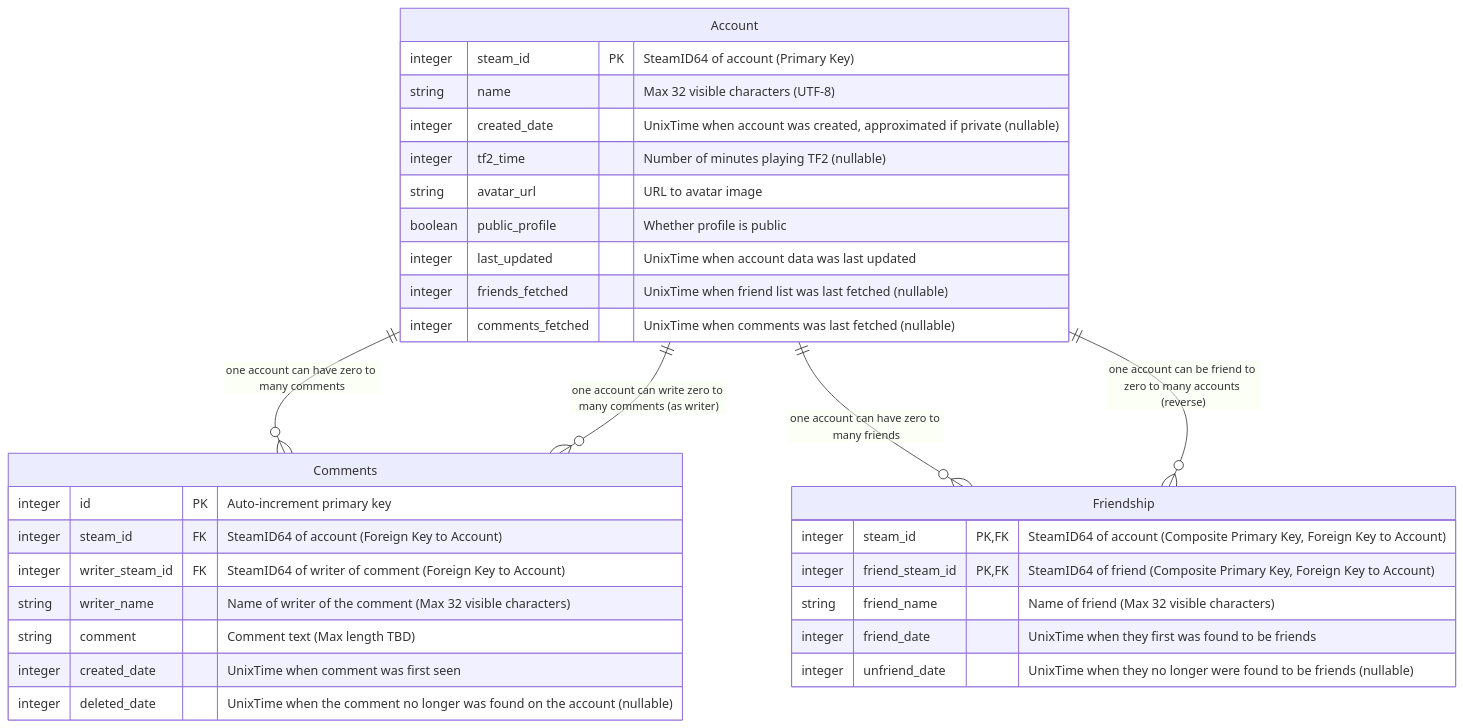
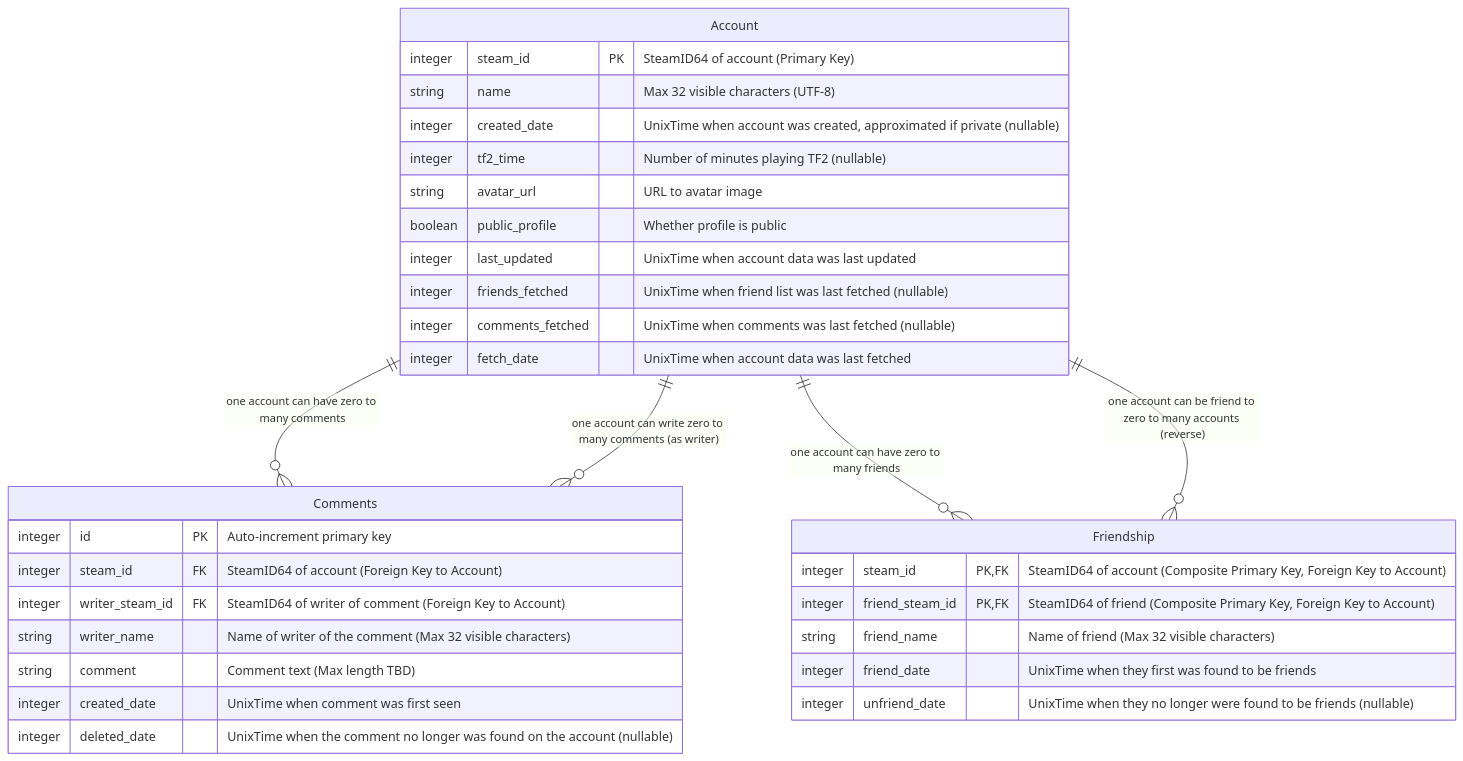
Before and after one commit to aftershavetf2/TF2Monitor: the diagram in src/db/DATAMODEL.md, drawn with Mermaid. The commit also changed 3 other files, not shown here.

First line of the commit message:
Add fetch_date to account and implement DB setup

````diff
--- a/src/db/DATAMODEL.md
+++ b/src/db/DATAMODEL.md
@@ -56,38 +56,39 @@
 ```mermaid
 erDiagram
     Account {
         integer steam_id PK "SteamID64 of account (Primary Key)"
         string name "Max 32 visible characters (UTF-8)"
         integer created_date "UnixTime when account was created, approximated if private (nullable)"
         integer tf2_time "Number of minutes playing TF2 (nullable)"
         string avatar_url "URL to avatar image"
         boolean public_profile "Whether profile is public"
         integer last_updated "UnixTime when account data was last updated"
         integer friends_fetched "UnixTime when friend list was last fetched (nullable)"
         integer comments_fetched "UnixTime when comments was last fetched (nullable)"
+        integer fetch_date "UnixTime when account data was last fetched"
     }
 
     Friendship {
         integer steam_id PK,FK "SteamID64 of account (Composite Primary Key, Foreign Key to Account)"
         integer friend_steam_id PK,FK "SteamID64 of friend (Composite Primary Key, Foreign Key to Account)"
         string  friend_name "Name of friend (Max 32 visible characters)"
         integer friend_date "UnixTime when they first was found to be friends"
         integer unfriend_date "UnixTime when they no longer were found to be friends (nullable)"
     }
 
     Comments {
         integer id PK "Auto-increment primary key"
         integer steam_id FK "SteamID64 of account (Foreign Key to Account)"
         integer writer_steam_id FK "SteamID64 of writer of comment (Foreign Key to Account)"
         string  writer_name "Name of writer of the comment (Max 32 visible characters)"
         string  comment "Comment text (Max length TBD)"
         integer created_date "UnixTime when comment was first seen"
         integer deleted_date "UnixTime when the comment no longer was found on the account (nullable)"
     }
 
     Account ||--o{ Comments : "one account can have zero to many comments"
     Account ||--o{ Friendship : "one account can have zero to many friends"
     Account ||--o{ Friendship : "one account can be friend to zero to many accounts (reverse)"
     Account ||--o{ Comments : "one account can write zero to many comments (as writer)"
 
 ```
````
